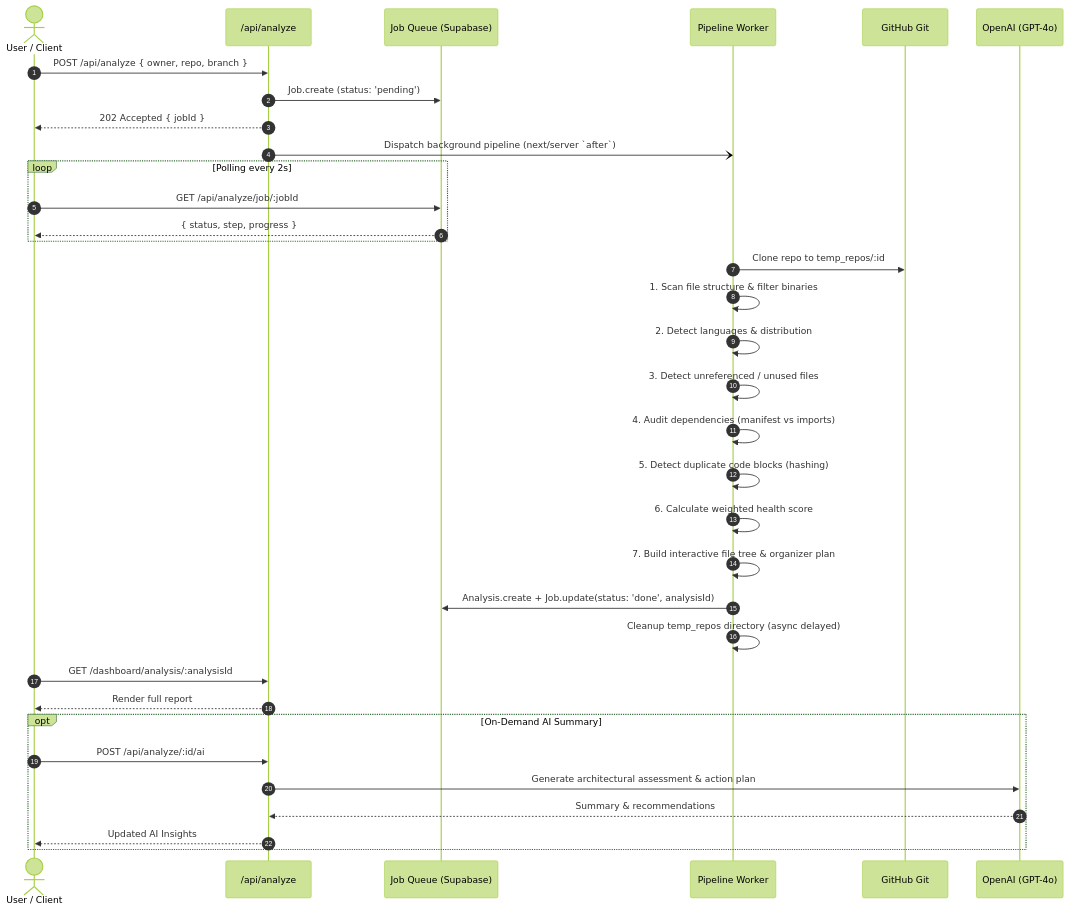
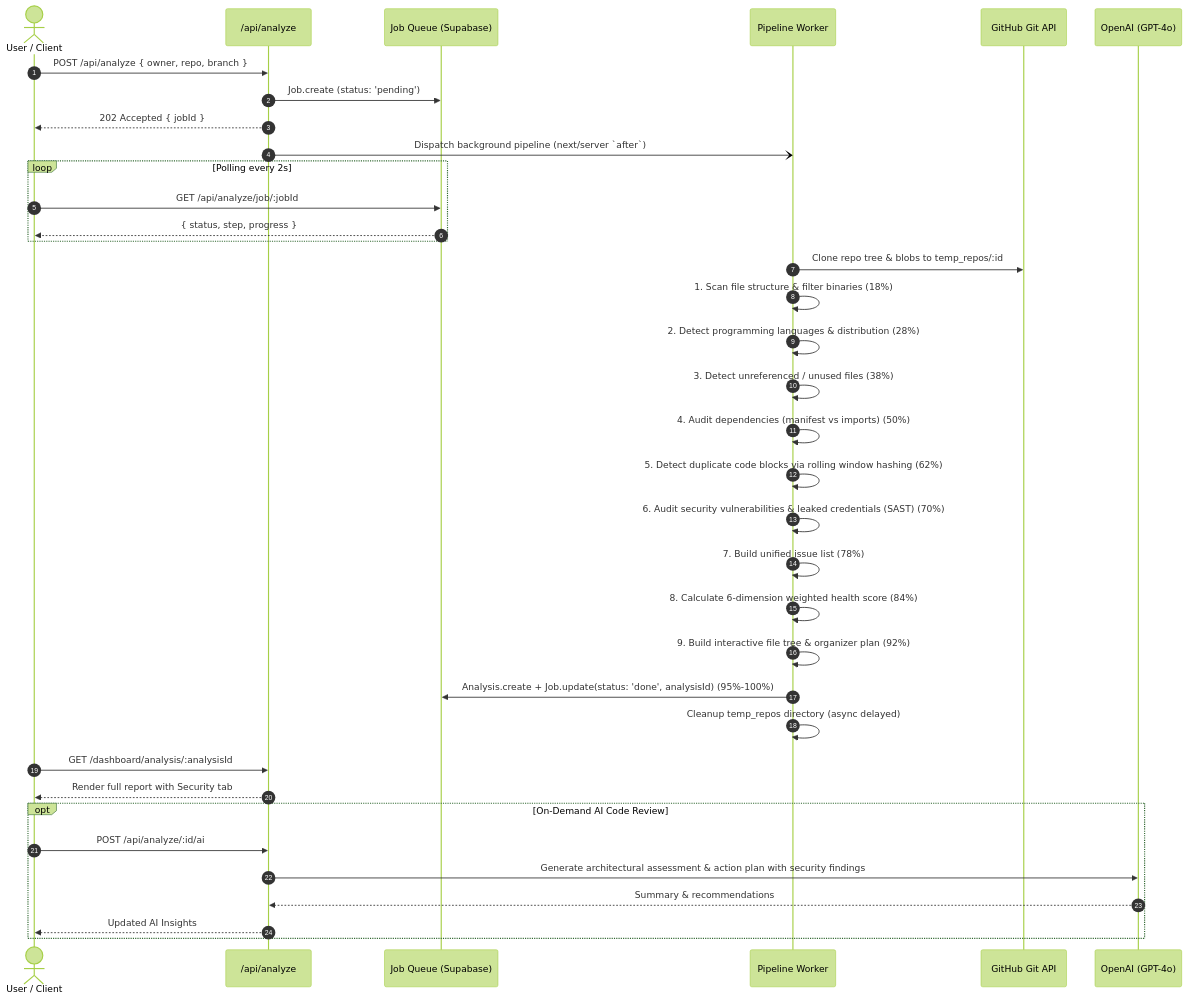
Before and after one commit to sgpushkar/RepoMedic: the second of 3 diagrams in archi.md, drawn with Mermaid (forest theme). The commit also changed other lines of this file, not shown here.

Commit message:
Update archi.md with complete architecture, pipeline, and security documentation

````diff
--- a/archi.md
+++ b/archi.md
@@ -76,41 +83,43 @@
 ```mermaid
 sequenceDiagram
     autonumber
     actor User as User / Client
     participant API as /api/analyze
     participant Queue as Job Queue (Supabase)
     participant Worker as Pipeline Worker
-    participant GitHub as GitHub Git
+    participant GitHub as GitHub Git API
     participant AI as OpenAI (GPT-4o)
 
     User->>API: POST /api/analyze { owner, repo, branch }
     API->>Queue: Job.create (status: 'pending')
     API-->>User: 202 Accepted { jobId }
     API-)Worker: Dispatch background pipeline (next/server `after`)
     
     loop Polling every 2s
         User->>Queue: GET /api/analyze/job/:jobId
         Queue-->>User: { status, step, progress }
     end
 
-    Worker->>GitHub: Clone repo to temp_repos/:id
-    Worker->>Worker: 1. Scan file structure & filter binaries
-    Worker->>Worker: 2. Detect languages & distribution
-    Worker->>Worker: 3. Detect unreferenced / unused files
-    Worker->>Worker: 4. Audit dependencies (manifest vs imports)
-    Worker->>Worker: 5. Detect duplicate code blocks (hashing)
-    Worker->>Worker: 6. Calculate weighted health score
-    Worker->>Worker: 7. Build interactive file tree & organizer plan
-    Worker->>Queue: Analysis.create + Job.update(status: 'done', analysisId)
+    Worker->>GitHub: Clone repo tree & blobs to temp_repos/:id
+    Worker->>Worker: 1. Scan file structure & filter binaries (18%)
+    Worker->>Worker: 2. Detect programming languages & distribution (28%)
+    Worker->>Worker: 3. Detect unreferenced / unused files (38%)
+    Worker->>Worker: 4. Audit dependencies (manifest vs imports) (50%)
+    Worker->>Worker: 5. Detect duplicate code blocks via rolling window hashing (62%)
+    Worker->>Worker: 6. Audit security vulnerabilities & leaked credentials (SAST) (70%)
+    Worker->>Worker: 7. Build unified issue list (78%)
+    Worker->>Worker: 8. Calculate 6-dimension weighted health score (84%)
+    Worker->>Worker: 9. Build interactive file tree & organizer plan (92%)
+    Worker->>Queue: Analysis.create + Job.update(status: 'done', analysisId) (95%-100%)
     Worker->>Worker: Cleanup temp_repos directory (async delayed)
     
     User->>API: GET /dashboard/analysis/:analysisId
-    API-->>User: Render full report
+    API-->>User: Render full report with Security tab
 
-    opt On-Demand AI Summary
+    opt On-Demand AI Code Review
         User->>API: POST /api/analyze/:id/ai
-        API->>AI: Generate architectural assessment & action plan
+        API->>AI: Generate architectural assessment & action plan with security findings
         AI-->>API: Summary & recommendations
         API-->>User: Updated AI Insights
     end
 ```
````
